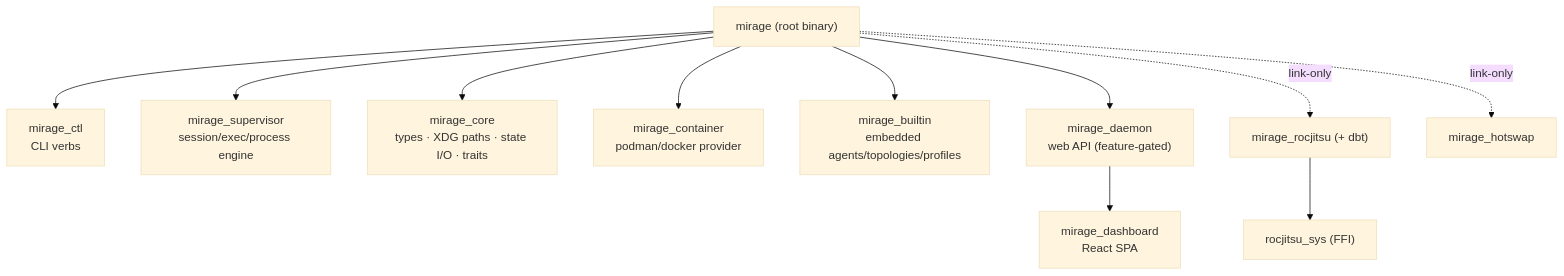
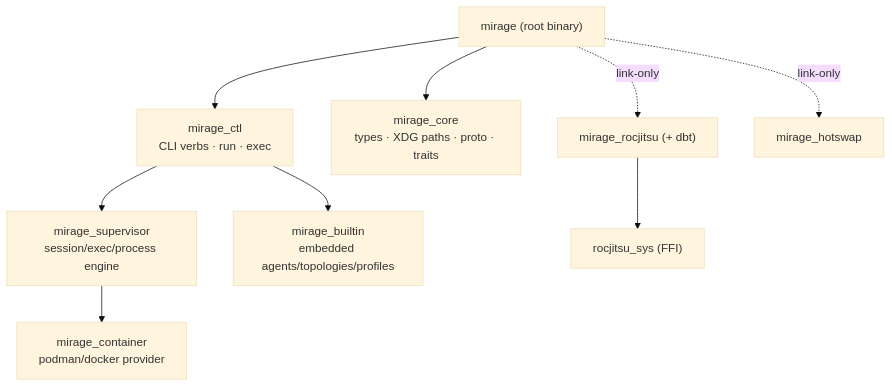
The fifth of 14 diagrams in emulation/mirage/docs/demo-debugging-at-scale.md (ROCm/rocm-systems), drawn with Mermaid (base theme) before and after one commit. The commit also changed other lines of this file and 107 other files, not shown here.

````diff
--- a/emulation/mirage/docs/demo-debugging-at-scale.md
+++ b/emulation/mirage/docs/demo-debugging-at-scale.md
@@ -179,14 +193,12 @@
 ```mermaid
 flowchart TB
     root["mirage (root binary)"]
-    root --> ctl["mirage_ctl<br/>CLI verbs"]
-    root --> host["mirage_supervisor<br/>session/exec/process engine"]
-    root --> core["mirage_core<br/>types · XDG paths · state I/O · traits"]
-    root --> cont["mirage_container<br/>podman/docker provider"]
-    root --> builtin["mirage_builtin<br/>embedded agents/topologies/profiles"]
-    root --> daemon["mirage_daemon<br/>web API (feature-gated)"]
-    daemon --> dash["mirage_dashboard<br/>React SPA"]
+    root --> ctl["mirage_ctl<br/>CLI verbs · run · exec"]
+    root --> core["mirage_core<br/>types · XDG paths · proto · traits"]
+    ctl --> sup["mirage_supervisor<br/>session/exec/process engine"]
+    ctl --> builtin["mirage_builtin<br/>embedded agents/topologies/profiles"]
+    sup --> cont["mirage_container<br/>podman/docker provider"]
     root -.link-only.-> rj["mirage_rocjitsu (+ dbt)"]
     root -.link-only.-> hot["mirage_hotswap"]
     rj --> sys["rocjitsu_sys (FFI)"]
 ```
````
